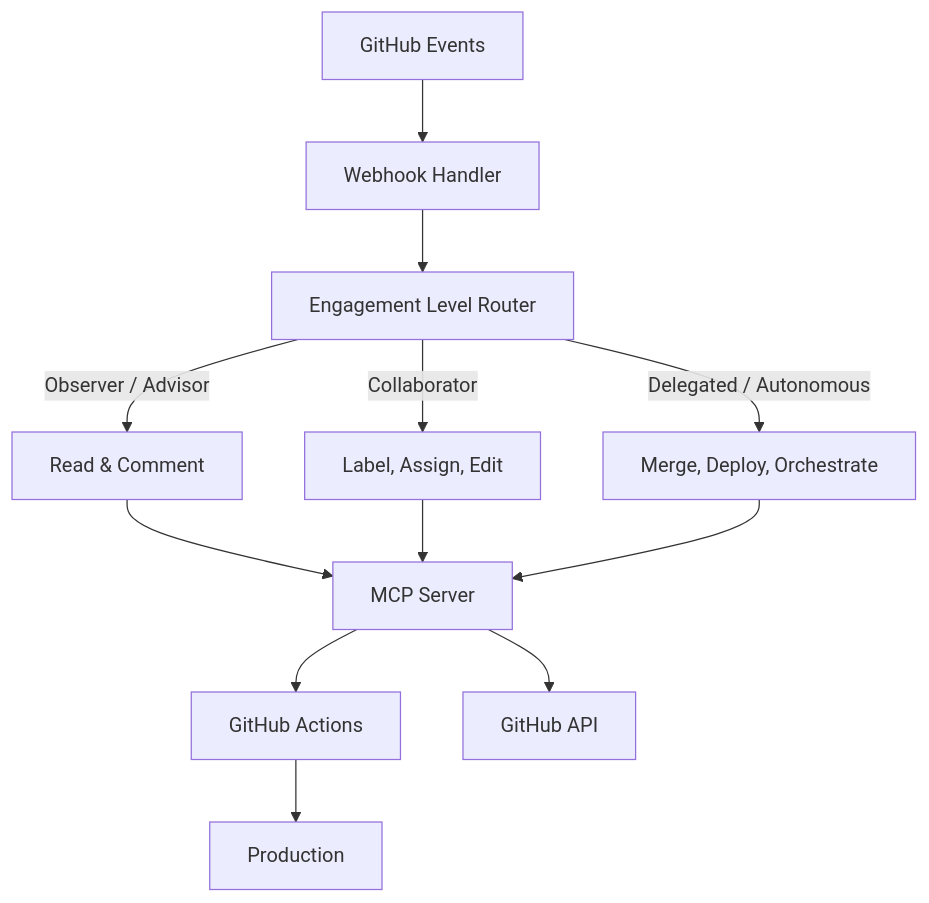
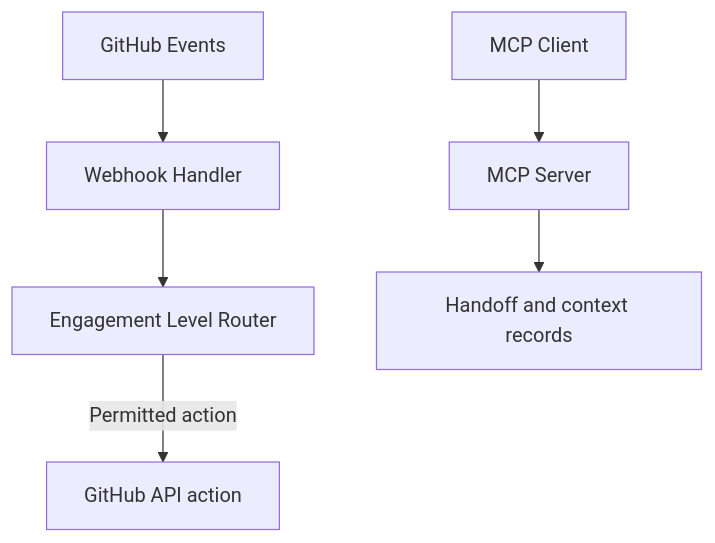
One commit to AgentCraftworks/AgentCraftworks-CE changed the diagram in README.md. Above: the diagram before and after it, drawn with Mermaid. The commit also changed other lines of this file and 1 other file, not shown here.

````diff
--- a/README.md
+++ b/README.md
@@ -80,14 +84,8 @@
 ```mermaid
 graph TD
     GH[GitHub Events] --> WH[Webhook Handler]
     WH --> AD[Engagement Level Router]
-    AD -->|Observer / Advisor| OBS[Read & Comment]
-    AD -->|Collaborator| PR[Label, Assign, Edit]
-    AD -->|Delegated / Autonomous| AUTO[Merge, Deploy, Orchestrate]
-    OBS --> MCP[MCP Server]
-    PR --> MCP
-    AUTO --> MCP
-    MCP --> GHA[GitHub Actions]
-    MCP --> API[GitHub API]
-    GHA --> PROD[Production]
+    AD -->|Permitted action| ACTION[GitHub API action]
+    MCP[MCP Client] --> MCP_SERVER[MCP Server]
+    MCP_SERVER --> HANDOFF[Handoff and context records]
 ```
````
